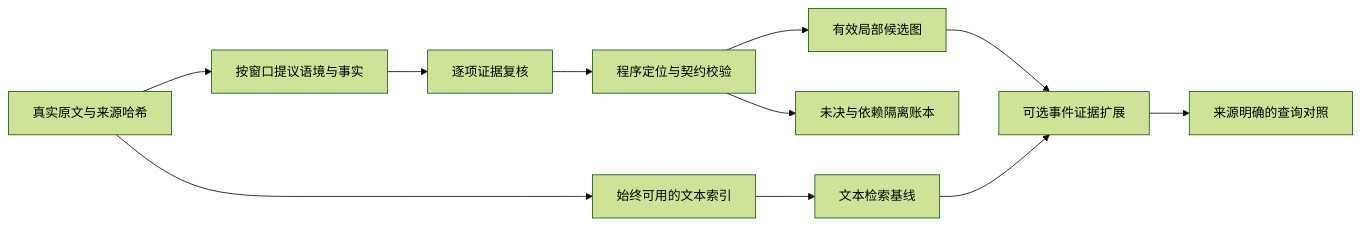
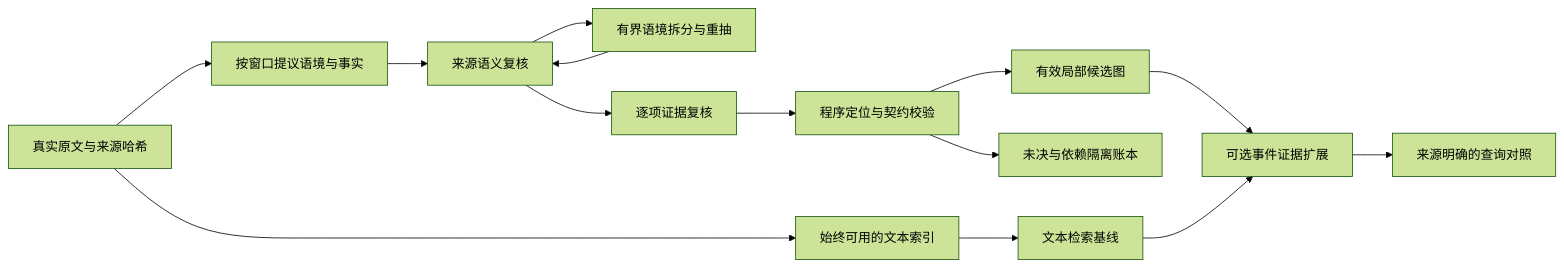
The diagram in docs/current-workflow.md (no15438/judicial-ontology-kg), drawn with Mermaid (forest theme) before and after one commit. The commit also changed other lines of this file and 5 other files, not shown here.

````diff
--- a/docs/current-workflow.md
+++ b/docs/current-workflow.md
@@ -5,13 +5,16 @@
 ```mermaid
 flowchart LR
     S[真实原文与来源哈希] --> T[始终可用的文本索引]
     S --> P[按窗口提议语境与事实]
-    P --> V[逐项证据复核]
+    P --> H[来源语义复核]
+    H --> L[有界语境拆分与重抽]
+    L --> H
+    H --> V[逐项证据复核]
     V --> C[程序定位与契约校验]
     C --> G[有效局部候选图]
     C --> Q[未决与依赖隔离账本]
     T --> R[文本检索基线]
     G --> E[可选事件证据扩展]
     R --> E
     E --> A[来源明确的查询对照]
 ```
````
